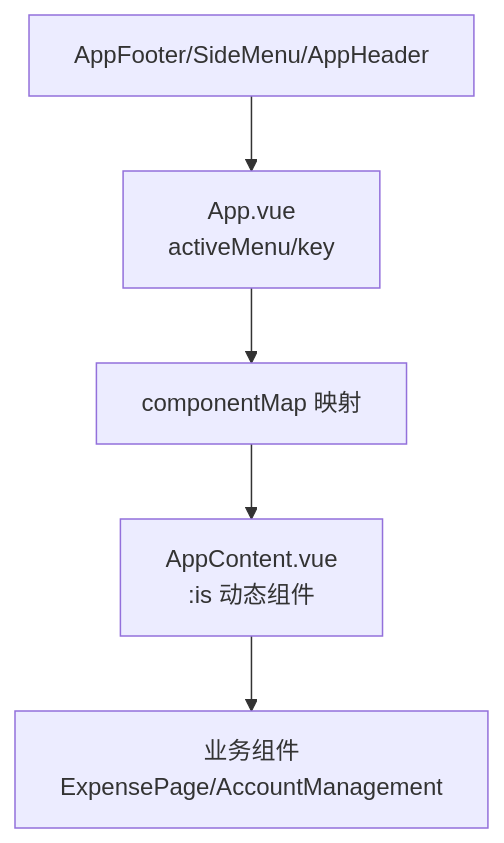
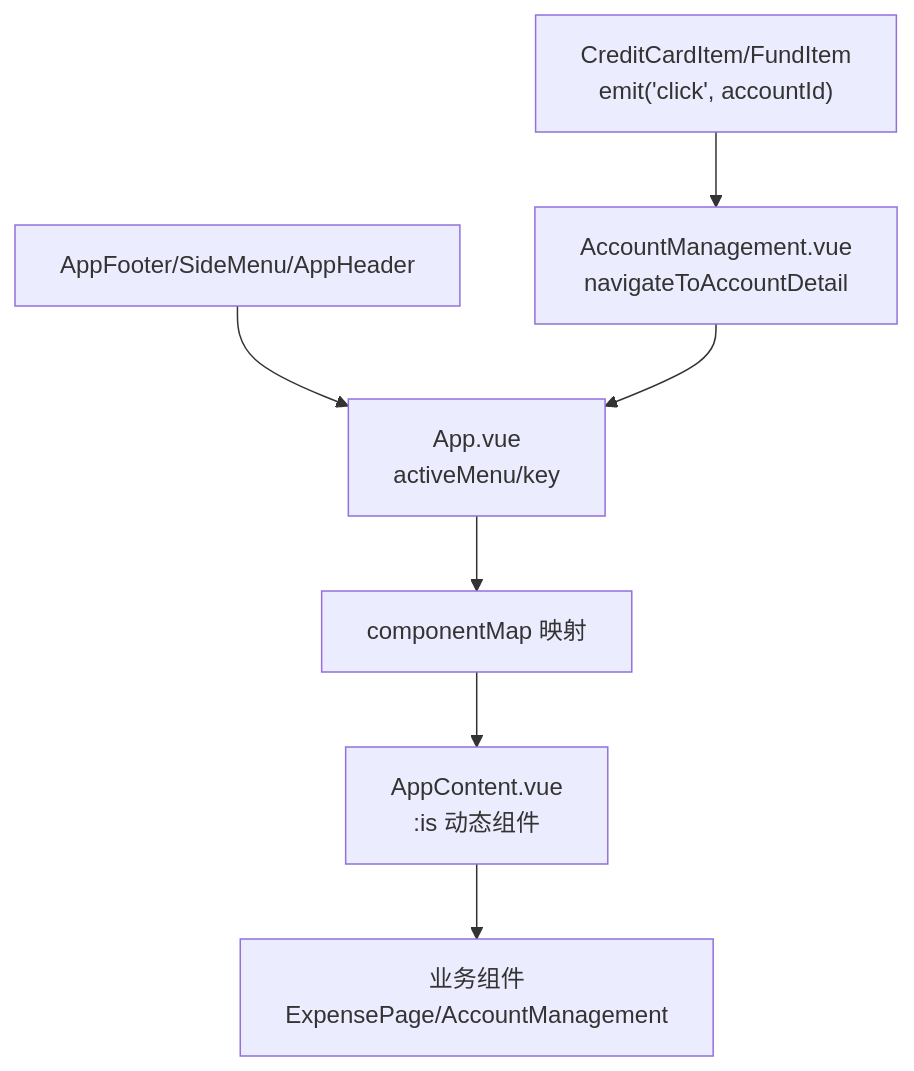
The seventh of 9 diagrams in .qoder/repowiki/zh/content/架构设计/组件通信机制.md (xiao-lin-unit/yuan), drawn with Mermaid before and after one commit. The commit also changed other lines of this file and 19 other files, not shown here.

````diff
--- a/.qoder/repowiki/zh/content/架构设计/组件通信机制.md
+++ b/.qoder/repowiki/zh/content/架构设计/组件通信机制.md
@@ -268,7 +331,9 @@
 ```mermaid
 flowchart TD
 A["App.vue<br/>activeMenu/key"] --> B["componentMap 映射"]
 B --> C["AppContent.vue<br/>:is 动态组件"]
 C --> D["业务组件<br/>ExpensePage/AccountManagement"]
 E["AppFooter/SideMenu/AppHeader"] --> A
+F["CreditCardItem/FundItem<br/>emit('click', accountId)"] --> G["AccountManagement.vue<br/>navigateToAccountDetail"]
+G --> A
 ```
````
